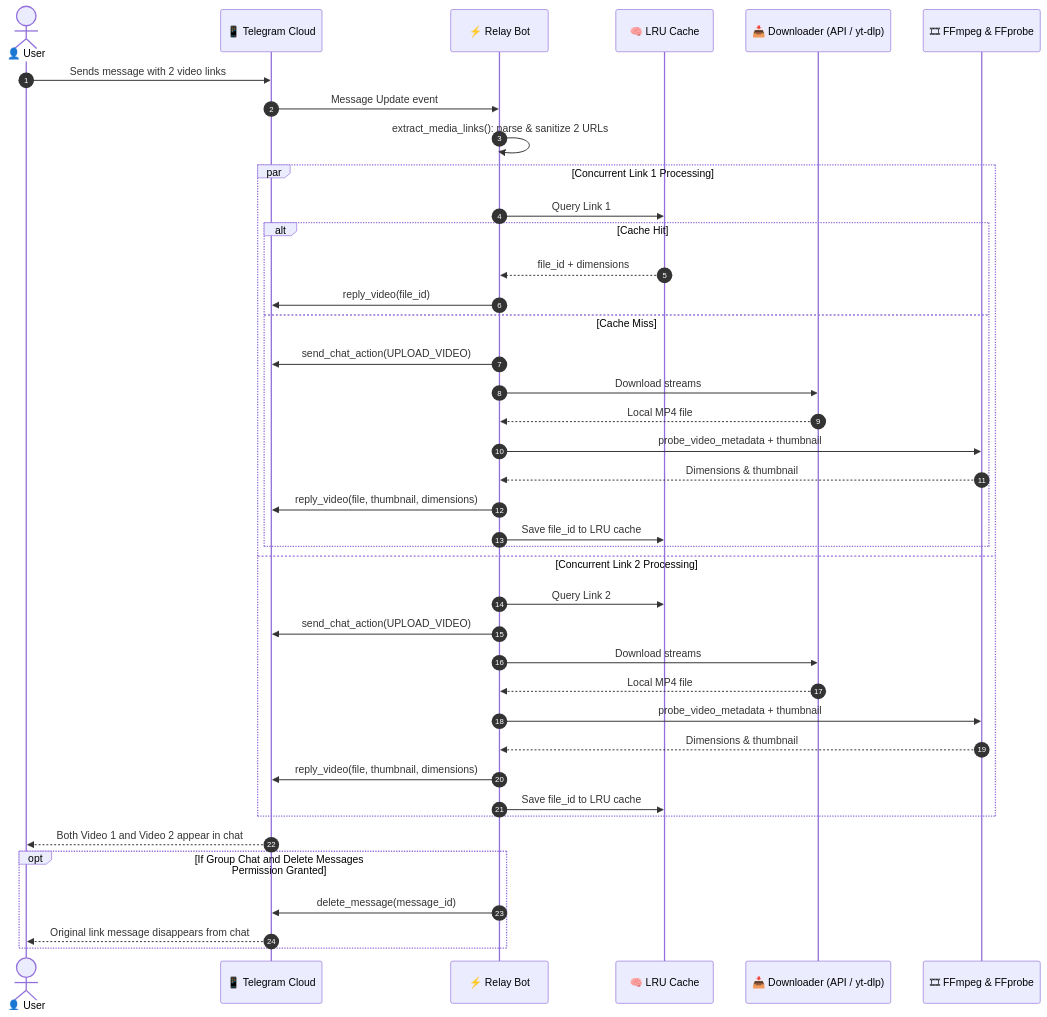
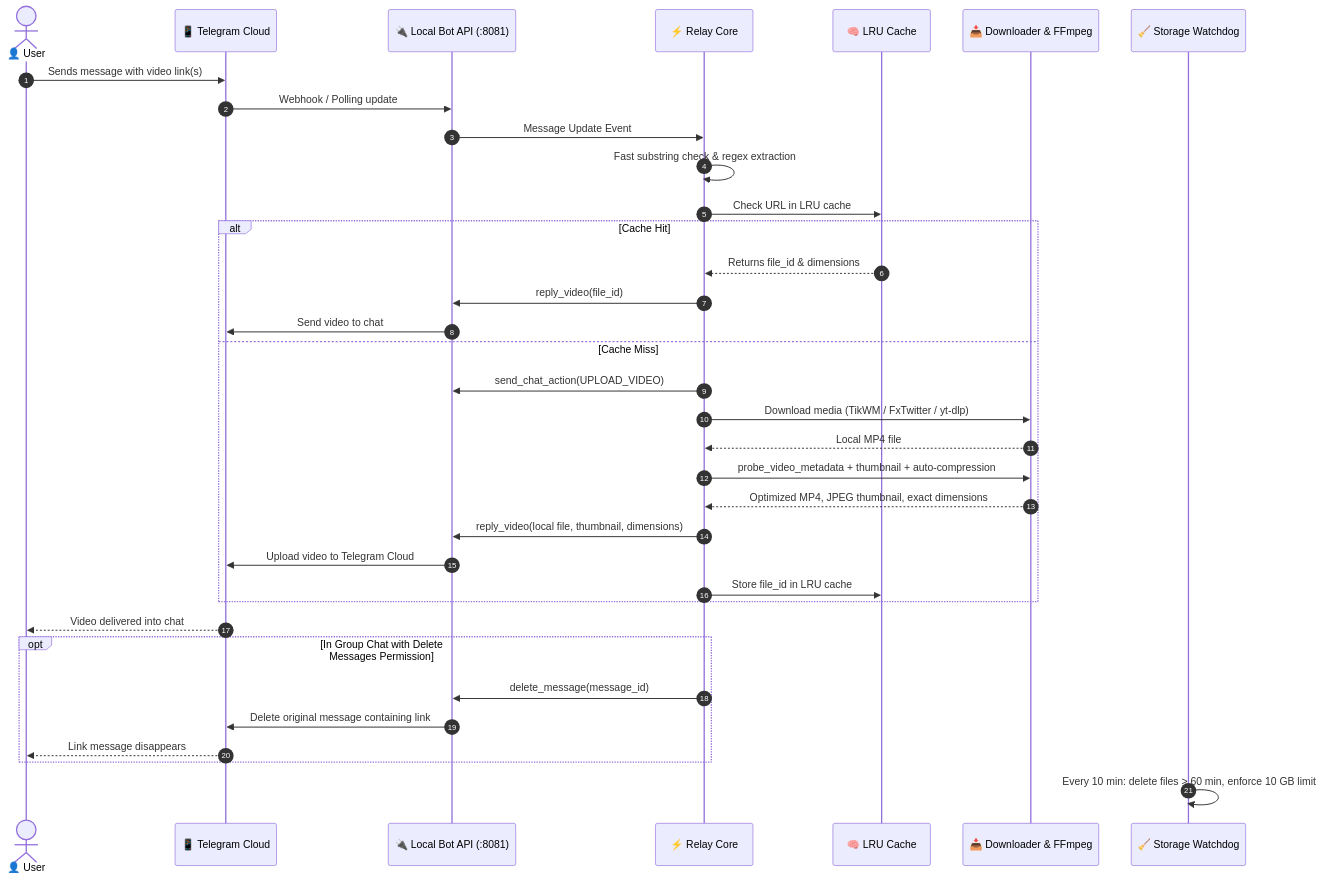
Before and after one commit to vbazavliuk/Relay: the eighth of 8 diagrams in README.md, drawn with Mermaid. The commit also changed other lines of this file and 6 other files, not shown here.

Commit message:
docs: refresh README, add comprehensive architecture docs, and verify all modules

````diff
--- a/README.md
+++ b/README.md
@@ -344,45 +523,41 @@
 ```mermaid
 sequenceDiagram
     autonumber
     actor User as 👤 User
     participant TG as 📱 Telegram Cloud
-    participant Bot as ⚡ Relay Bot
+    participant LocalAPI as 🔌 Local Bot API (:8081)
+    participant Bot as ⚡ Relay Core
     participant Cache as 🧠 LRU Cache
-    participant Downloader as 📥 Downloader (API / yt-dlp)
-    participant FFmpeg as 🎞 FFmpeg & FFprobe
+    participant Engine as 📥 Downloader & FFmpeg
+    participant Cleaner as 🧹 Storage Watchdog
 
-    User->>TG: Sends message with 2 video links
-    TG->>Bot: Message Update event
-    Bot->>Bot: extract_media_links(): parse & sanitize 2 URLs
-    
-    par Concurrent Link 1 Processing
-        Bot->>Cache: Query Link 1
-        alt Cache Hit
-            Cache-->>Bot: file_id + dimensions
-            Bot->>TG: reply_video(file_id)
-        else Cache Miss
-            Bot->>TG: send_chat_action(UPLOAD_VIDEO)
-            Bot->>Downloader: Download streams
-            Downloader-->>Bot: Local MP4 file
-            Bot->>FFmpeg: probe_video_metadata + thumbnail
-            FFmpeg-->>Bot: Dimensions & thumbnail
-            Bot->>TG: reply_video(file, thumbnail, dimensions)
-            Bot->>Cache: Save file_id to LRU cache
-        end
-    and Concurrent Link 2 Processing
-        Bot->>Cache: Query Link 2
-        Bot->>TG: send_chat_action(UPLOAD_VIDEO)
-        Bot->>Downloader: Download streams
-        Downloader-->>Bot: Local MP4 file
-        Bot->>FFmpeg: probe_video_metadata + thumbnail
-        FFmpeg-->>Bot: Dimensions & thumbnail
-        Bot->>TG: reply_video(file, thumbnail, dimensions)
-        Bot->>Cache: Save file_id to LRU cache
+    User->>TG: Sends message with video link(s)
+    TG->>LocalAPI: Webhook / Polling update
+    LocalAPI->>Bot: Message Update Event
+    Bot->>Bot: Fast substring check & regex extraction
+    Bot->>Cache: Check URL in LRU cache
+
+    alt Cache Hit
+        Cache-->>Bot: Returns file_id & dimensions
+        Bot->>LocalAPI: reply_video(file_id)
+        LocalAPI->>TG: Send video to chat
+    else Cache Miss
+        Bot->>LocalAPI: send_chat_action(UPLOAD_VIDEO)
+        Bot->>Engine: Download media (TikWM / FxTwitter / yt-dlp)
+        Engine-->>Bot: Local MP4 file
+        Bot->>Engine: probe_video_metadata + thumbnail + auto-compression
+        Engine-->>Bot: Optimized MP4, JPEG thumbnail, exact dimensions
+        Bot->>LocalAPI: reply_video(local file, thumbnail, dimensions)
+        LocalAPI->>TG: Upload video to Telegram Cloud
+        Bot->>Cache: Store file_id in LRU cache
     end
 
-    TG-->>User: Both Video 1 and Video 2 appear in chat
-    opt If Group Chat and Delete Messages Permission Granted
-        Bot->>TG: delete_message(message_id)
-        TG-->>User: Original link message disappears from chat
+    TG-->>User: Video delivered into chat
+    opt In Group Chat with Delete Messages Permission
+        Bot->>LocalAPI: delete_message(message_id)
+        LocalAPI->>TG: Delete original message containing link
+        TG-->>User: Link message disappears
     end
+
+    Cleaner->>Cleaner: Every 10 min: delete files > 60 min, enforce 10 GB limit
 ```
````
